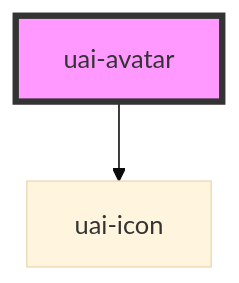
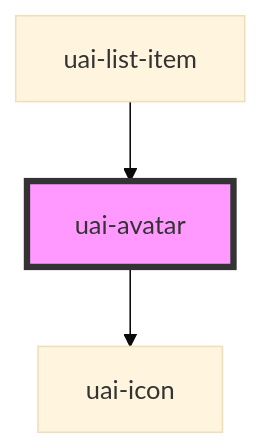
One commit to takenet/blip-ds changed the diagram in src/components/uai-avatar/readme.md. Above: the diagram before and after it, drawn with Mermaid (base theme). The commit also changed other lines of this file and 10 other files, not shown here.

````diff
--- a/src/components/uai-avatar/readme.md
+++ b/src/components/uai-avatar/readme.md
@@ -54,5 +58,6 @@
 ```mermaid
 graph TD;
   uai-avatar --> uai-icon
+  uai-list-item --> uai-avatar
   style uai-avatar fill:#f9f,stroke:#333,stroke-width:4px
 ```
````
